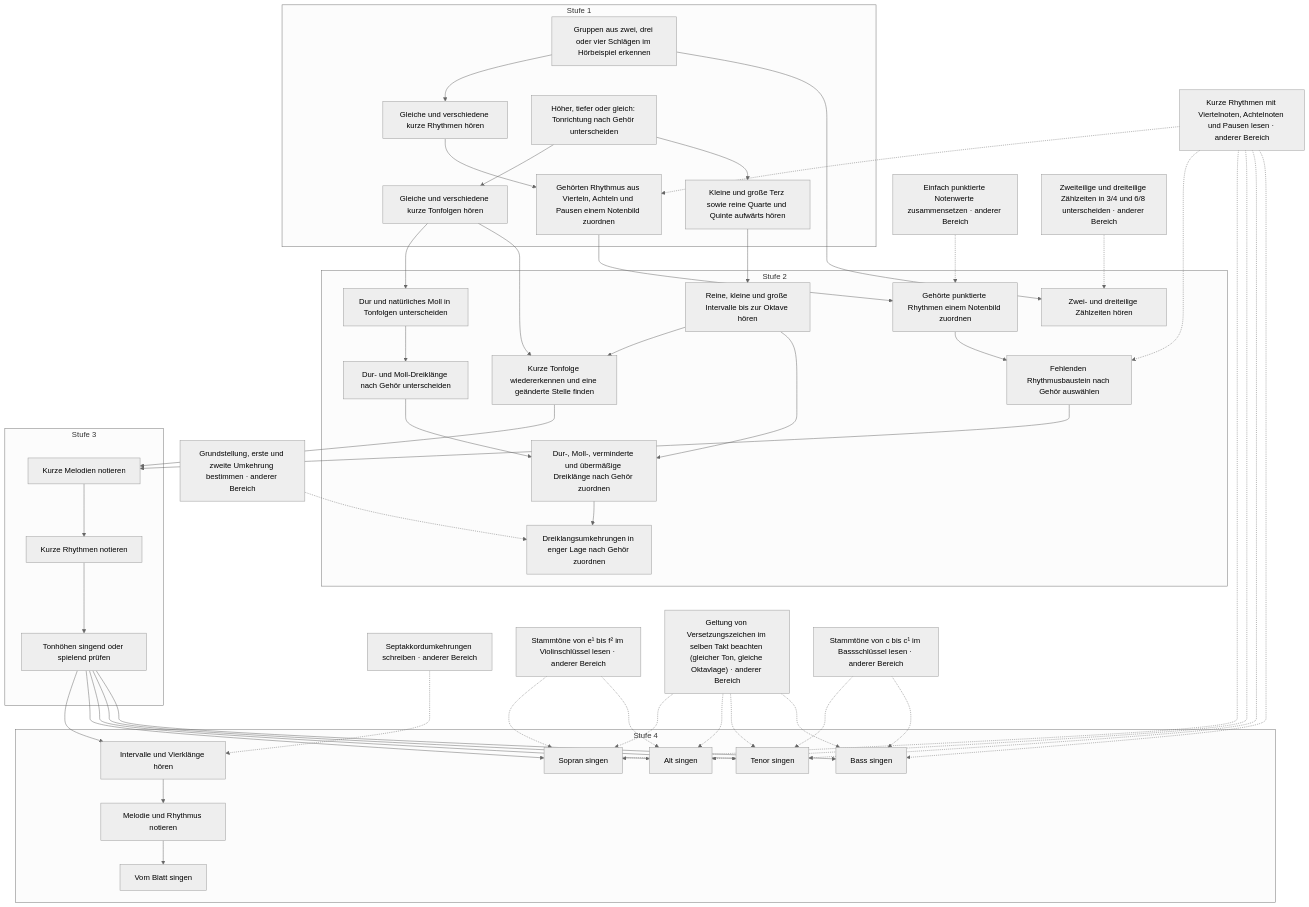
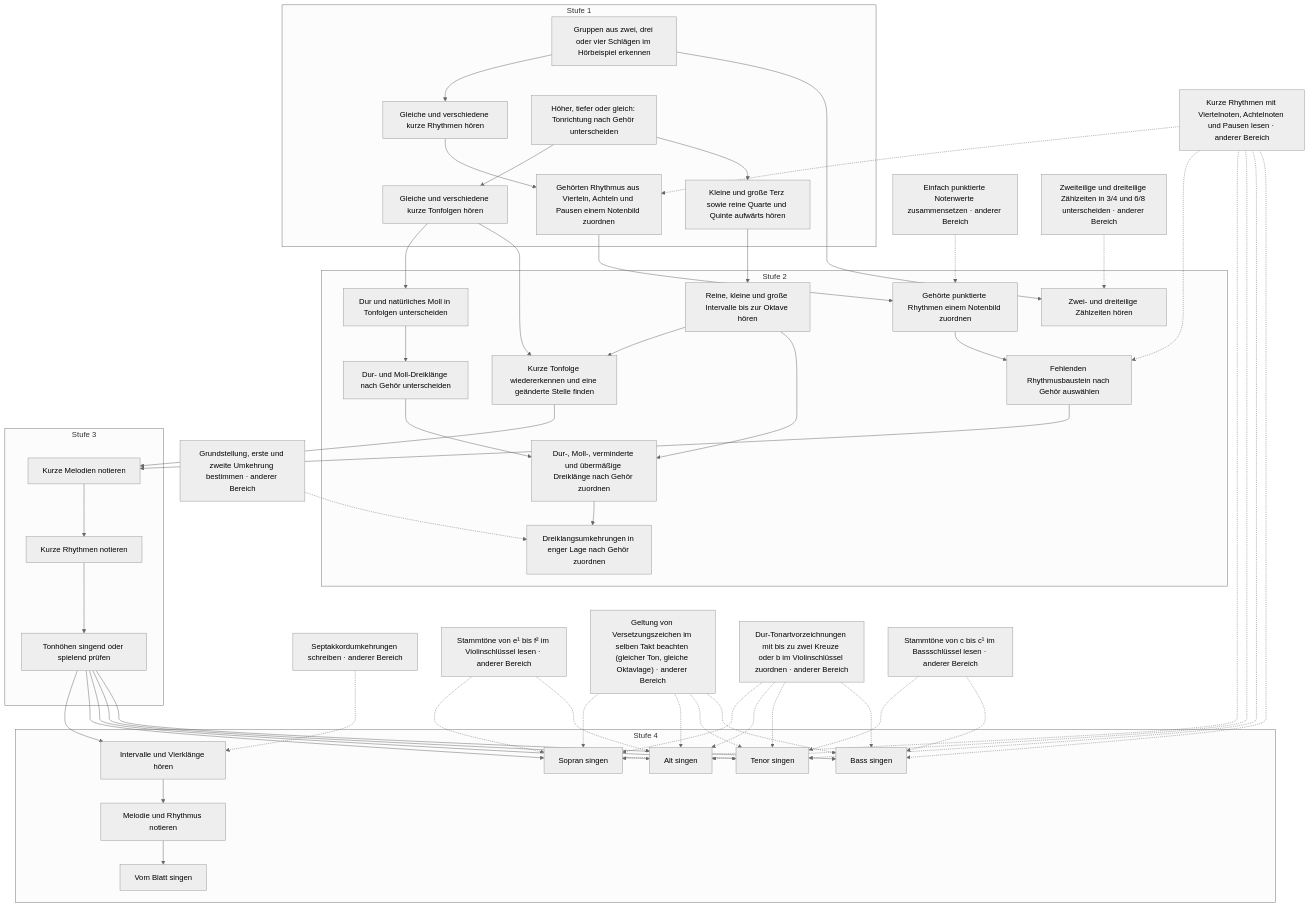
The eighth of 19 diagrams in docs/plan/faehigkeitsgraph-diagramme.md (PhiFa96/harmonia), drawn with Mermaid (neutral theme) before and after one commit. The commit also changed other lines of this file and 41 other files, not shown here.

````diff
--- a/docs/plan/faehigkeitsgraph-diagramme.md
+++ b/docs/plan/faehigkeitsgraph-diagramme.md
@@ -680,80 +694,85 @@
     s33["Kleine und große Terz sowie reine Quarte und Quinte aufwärts hören"]
   end
   subgraph level2["Stufe 2"]
-    s75["Gehörte punktierte Rhythmen einem Notenbild zuordnen"]
-    s76["Zwei- und dreiteilige Zählzeiten hören"]
-    s77["Fehlenden Rhythmusbaustein nach Gehör auswählen"]
-    s78["Reine, kleine und große Intervalle bis zur Oktave hören"]
-    s79["Dur und natürliches Moll in Tonfolgen unterscheiden"]
-    s80["Kurze Tonfolge wiedererkennen und eine geänderte Stelle finden"]
-    s81["Dur- und Moll-Dreiklänge nach Gehör unterscheiden"]
-    s82["Dur-, Moll-, verminderte und übermäßige Dreiklänge nach Gehör zuordnen"]
-    s83["Dreiklangsumkehrungen in enger Lage nach Gehör zuordnen"]
+    s76["Gehörte punktierte Rhythmen einem Notenbild zuordnen"]
+    s77["Zwei- und dreiteilige Zählzeiten hören"]
+    s78["Fehlenden Rhythmusbaustein nach Gehör auswählen"]
+    s79["Reine, kleine und große Intervalle bis zur Oktave hören"]
+    s80["Dur und natürliches Moll in Tonfolgen unterscheiden"]
+    s81["Kurze Tonfolge wiedererkennen und eine geänderte Stelle finden"]
+    s82["Dur- und Moll-Dreiklänge nach Gehör unterscheiden"]
+    s83["Dur-, Moll-, verminderte und übermäßige Dreiklänge nach Gehör zuordnen"]
+    s84["Dreiklangsumkehrungen in enger Lage nach Gehör zuordnen"]
   end
   subgraph level3["Stufe 3"]
-    s105["Kurze Melodien notieren"]
-    s106["Kurze Rhythmen notieren"]
-    s107["Tonhöhen singend oder spielend prüfen"]
+    s106["Kurze Melodien notieren"]
+    s107["Kurze Rhythmen notieren"]
+    s108["Tonhöhen singend oder spielend prüfen"]
   end
   subgraph level4["Stufe 4"]
-    s159["Intervalle und Vierklänge hören"]
-    s160["Melodie und Rhythmus notieren"]
-    s161["Vom Blatt singen"]
-    s168["Sopran singen"]
-    s169["Alt singen"]
-    s170["Tenor singen"]
-    s171["Bass singen"]
+    s160["Intervalle und Vierklänge hören"]
+    s161["Melodie und Rhythmus notieren"]
+    s162["Vom Blatt singen"]
+    s169["Sopran singen"]
+    s170["Alt singen"]
+    s171["Tenor singen"]
+    s172["Bass singen"]
   end
   s21["Kurze Rhythmen mit Viertelnoten, Achtelnoten und Pausen lesen · anderer Bereich"]
   s46["Einfach punktierte Notenwerte zusammensetzen · anderer Bereich"]
   s51["Zweiteilige und dreiteilige Zählzeiten in 3/4 und 6/8 unterscheiden · anderer Bereich"]
-  s73["Grundstellung, erste und zweite Umkehrung bestimmen · anderer Bereich"]
-  s133["Septakkordumkehrungen schreiben · anderer Bereich"]
+  s74["Grundstellung, erste und zweite Umkehrung bestimmen · anderer Bereich"]
+  s134["Septakkordumkehrungen schreiben · anderer Bereich"]
   s5["Stammtöne von e¹ bis f² im Violinschlüssel lesen · anderer Bereich"]
   s43["Geltung von Versetzungszeichen im selben Takt beachten (gleicher Ton, gleiche Oktavlage) · anderer Bereich"]
+  s59["Dur-Tonartvorzeichnungen mit bis zu zwei Kreuze oder b im Violinschlüssel zuordnen · anderer Bereich"]
   s40["Stammtöne von c bis c¹ im Bassschlüssel lesen · anderer Bereich"]
   s28 --> s29
   s29 --> s30
   s21 -.-> s30
   s31 --> s32
   s31 --> s33
-  s30 --> s75
-  s46 -.-> s75
-  s28 --> s76
-  s51 -.-> s76
-  s75 --> s77
-  s21 -.-> s77
-  s33 --> s78
-  s32 --> s79
+  s30 --> s76
+  s46 -.-> s76
+  s28 --> s77
+  s51 -.-> s77
+  s76 --> s78
+  s21 -.-> s78
+  s33 --> s79
   s32 --> s80
-  s78 --> s80
+  s32 --> s81
   s79 --> s81
-  s81 --> s82
-  s78 --> s82
+  s80 --> s82
   s82 --> s83
-  s73 -.-> s83
-  s80 --> s105
-  s77 --> s105
-  s105 --> s106
+  s79 --> s83
+  s83 --> s84
+  s74 -.-> s84
+  s81 --> s106
+  s78 --> s106
   s106 --> s107
-  s107 --> s159
-  s133 -.-> s159
-  s159 --> s160
+  s107 --> s108
+  s108 --> s160
+  s134 -.-> s160
   s160 --> s161
-  s107 --> s168
-  s5 -.-> s168
-  s43 -.-> s168
-  s21 -.-> s168
-  s107 --> s169
+  s161 --> s162
+  s108 --> s169
   s5 -.-> s169
   s43 -.-> s169
   s21 -.-> s169
-  s107 --> s170
-  s40 -.-> s170
+  s59 -.-> s169
+  s108 --> s170
+  s5 -.-> s170
   s43 -.-> s170
   s21 -.-> s170
-  s107 --> s171
+  s59 -.-> s170
+  s108 --> s171
   s40 -.-> s171
   s43 -.-> s171
   s21 -.-> s171
+  s59 -.-> s171
+  s108 --> s172
+  s40 -.-> s172
+  s43 -.-> s172
+  s21 -.-> s172
+  s59 -.-> s172
 ```
````
